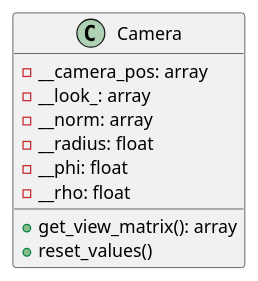
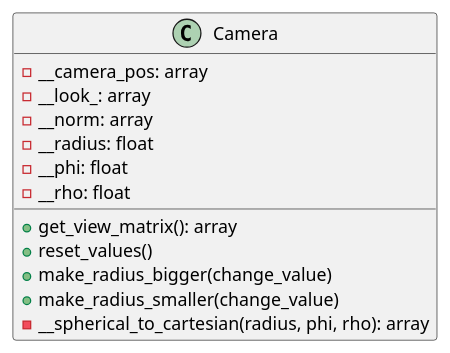
One commit to ferpoble2/Relief_Creator changed the diagram in docs/classes/camera.puml. Above: the diagram before and after it, drawn with PlantUML. The commit also changed 8 other files, not shown here.

```diff
--- a/docs/classes/camera.puml
+++ b/docs/classes/camera.puml
@@ -1,15 +1,18 @@
 @startuml
 
 class Camera{
         - __camera_pos: array
         - __look_: array
         - __norm: array
         - __radius: float
         - __phi: float
         - __rho: float
 
         + get_view_matrix(): array
         + reset_values()
+        + make_radius_bigger(change_value)
+        + make_radius_smaller(change_value)
+        - __spherical_to_cartesian(radius, phi, rho): array
 }
 
 @enduml
```
